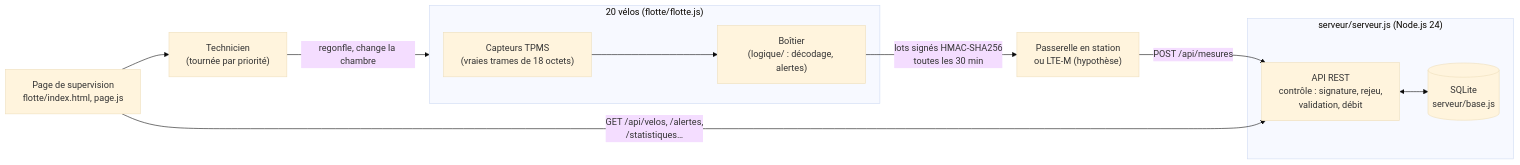
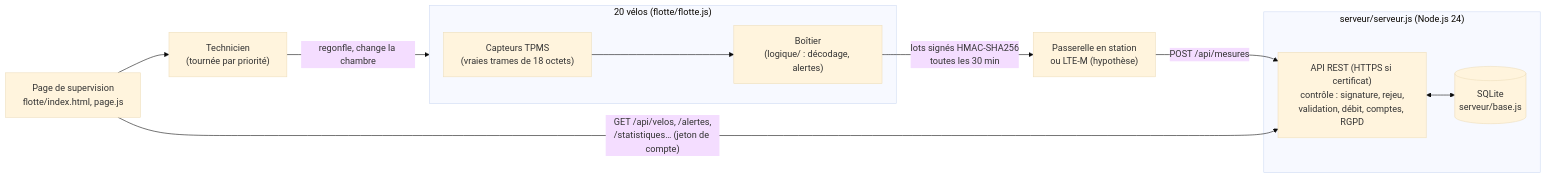
The second of 2 diagrams in docs/architecture.md (titilyonnais/tpms-velo), drawn with Mermaid (base theme) before and after one commit. The commit also changed other lines of this file and 7 other files, not shown here.

First line of the commit message:
Documentation : comptes, HTTPS et RGPD du serveur ; 589 tests

````diff
--- a/docs/architecture.md
+++ b/docs/architecture.md
@@ -193,22 +193,22 @@
 ```mermaid
 flowchart LR
     subgraph Velos["20 vélos (flotte/flotte.js)"]
         CAP["Capteurs TPMS<br/>(vraies trames de 18 octets)"]
         BOI["Boîtier<br/>(logique/ : décodage, alertes)"]
         CAP --> BOI
     end
     PASS["Passerelle en station<br/>ou LTE-M (hypothèse)"]
     subgraph Serveur["serveur/serveur.js (Node.js 24)"]
-        API["API REST<br/>contrôle : signature, rejeu,<br/>validation, débit"]
+        API["API REST (HTTPS si certificat)<br/>contrôle : signature, rejeu,<br/>validation, débit, comptes, RGPD"]
         BASE[("SQLite<br/>serveur/base.js")]
         API <--> BASE
     end
     PAGE["Page de supervision<br/>flotte/index.html, page.js"]
     TECH["Technicien<br/>(tournée par priorité)"]
 
     BOI -- "lots signés HMAC-SHA256<br/>toutes les 30 min" --> PASS
     PASS -- "POST /api/mesures" --> API
-    PAGE -- "GET /api/velos, /alertes,<br/>/statistiques…" --> API
+    PAGE -- "GET /api/velos, /alertes,<br/>/statistiques… (jeton de compte)" --> API
     PAGE --> TECH
     TECH -- "regonfle, change la chambre" --> Velos
 ```
````
